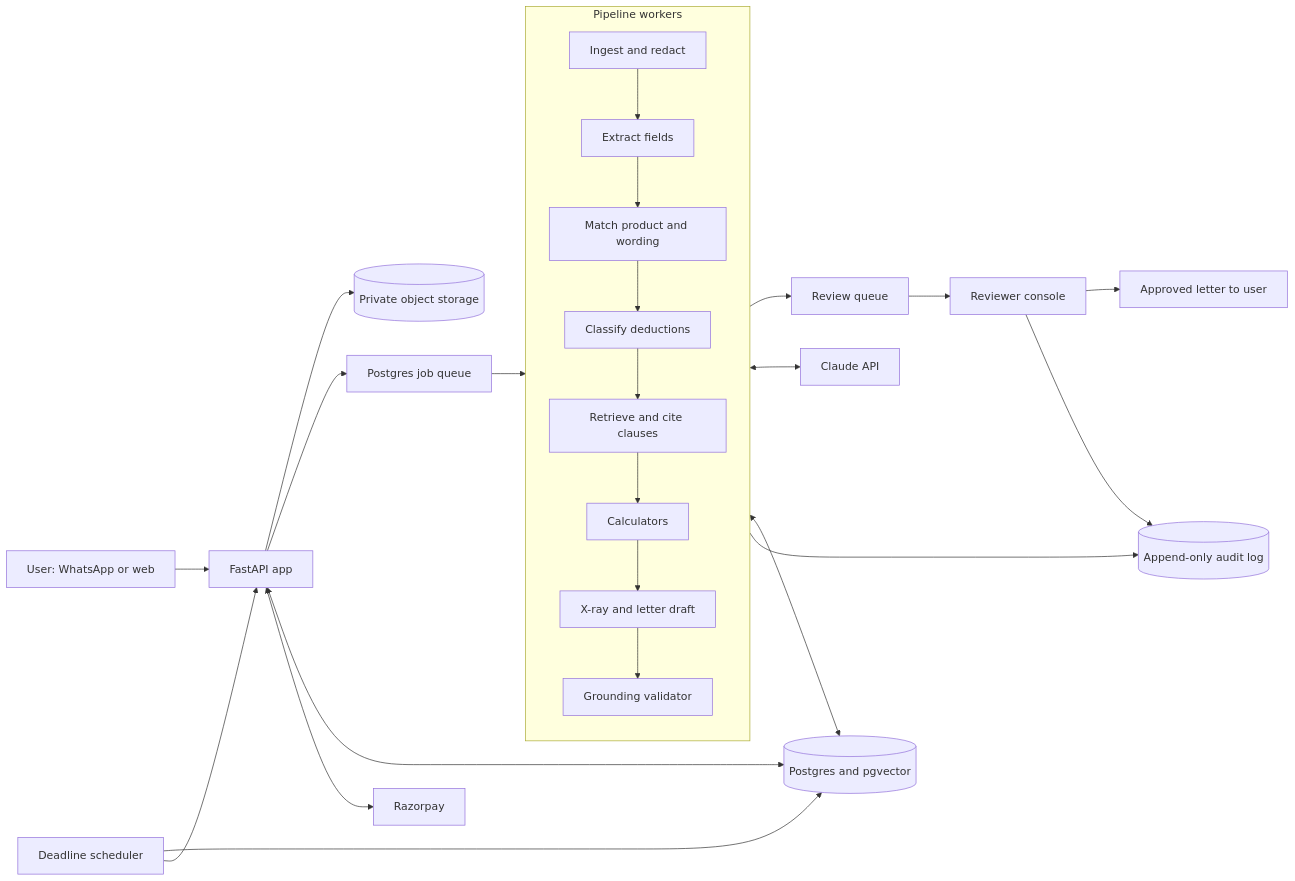
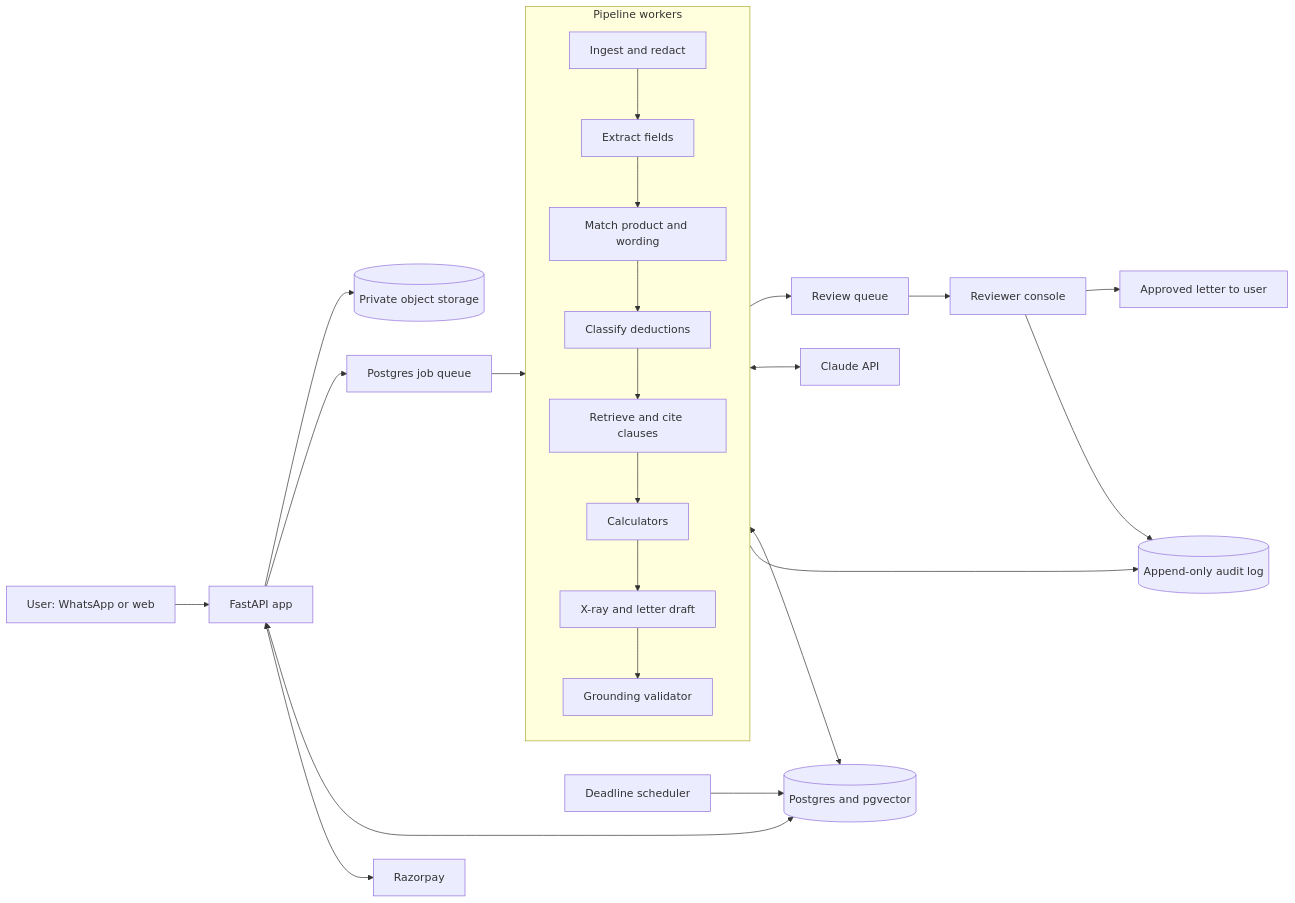
Before and after one commit to Ansh-Sonkusare/studious-octo-parakeet: the diagram in ventures/health-claim-recovery-agent/docs/PROTOTYPE_AND_MVP_PLAN.md, drawn with Mermaid. The commit also changed other lines of this file and 4 other files, not shown here.

````diff
--- a/ventures/health-claim-recovery-agent/docs/PROTOTYPE_AND_MVP_PLAN.md
+++ b/ventures/health-claim-recovery-agent/docs/PROTOTYPE_AND_MVP_PLAN.md
@@ -122,28 +120,27 @@
 ```mermaid
 flowchart LR
   U["User: WhatsApp or web"] --> API["FastAPI app"]
   API --> STORE[("Private object storage")]
   API --> Q["Postgres job queue"]
   Q --> P1
   subgraph PIPE["Pipeline workers"]
     direction TB
     P1["Ingest and redact"] --> P2["Extract fields"]
     P2 --> P3["Match product and wording"]
     P3 --> P4["Classify deductions"]
     P4 --> P5["Retrieve and cite clauses"]
     P5 --> P6["Calculators"]
     P6 --> P7["X-ray and letter draft"]
     P7 --> P8["Grounding validator"]
   end
   P8 --> RQ["Review queue"]
   RQ --> CON["Reviewer console"]
   CON --> OUT["Approved letter to user"]
   PIPE <--> LLM["Claude API"]
   PIPE <--> DB[("Postgres and pgvector")]
   API <--> DB
   API <--> PAY["Razorpay"]
   SCH["Deadline scheduler"] --> DB
-  SCH --> API
   PIPE --> AUD[("Append-only audit log")]
   CON --> AUD
 ```
````
